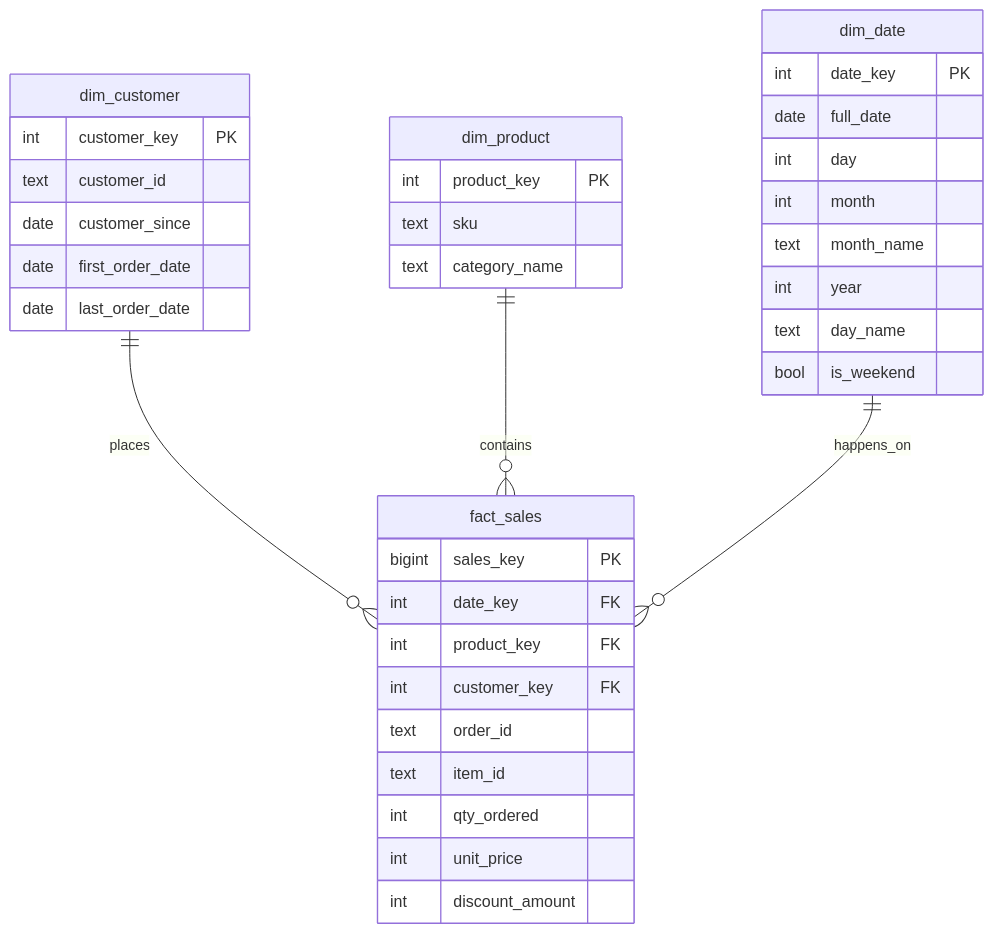
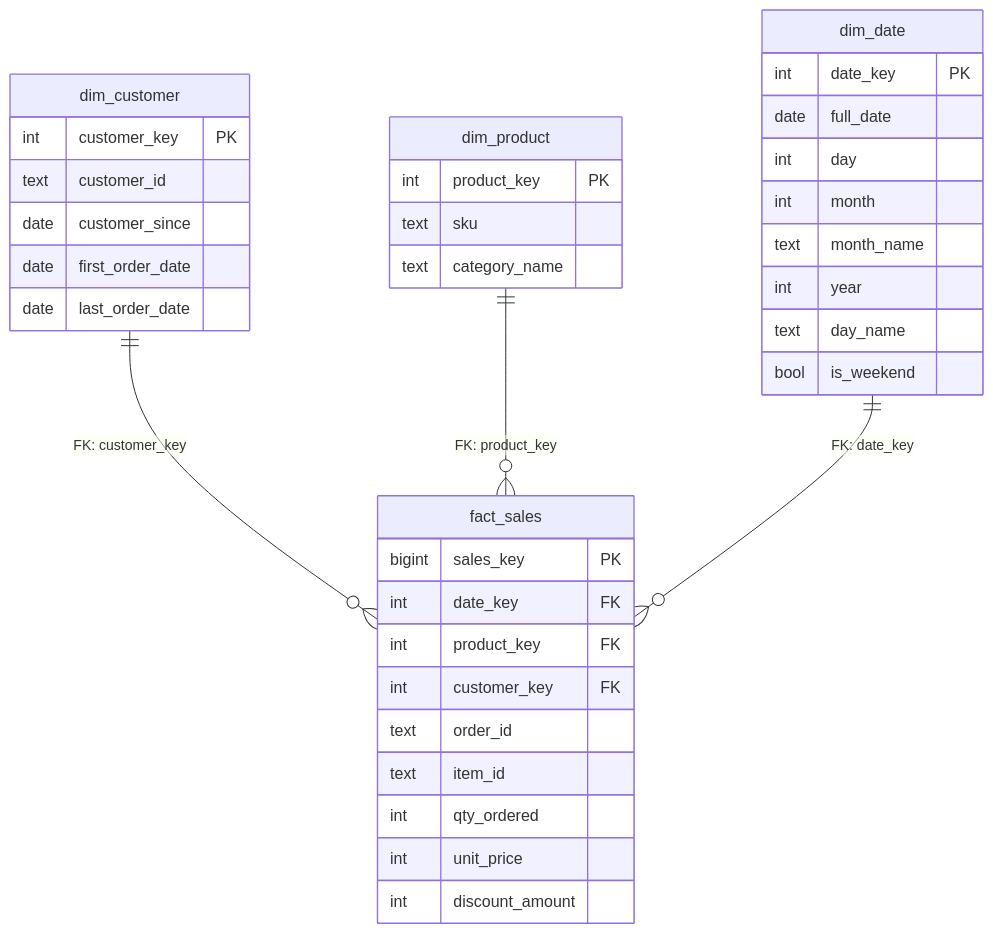
The diagram in README.md (faqihalamin95/ecommerce-data-pipeline), drawn with Mermaid before and after one commit.

Commit message:
docs: edit table relation

````diff
--- a/README.md
+++ b/README.md
@@ -40,43 +40,44 @@
 ```mermaid
 erDiagram
     fact_sales {
         bigint sales_key PK
         int date_key FK
         int product_key FK
         int customer_key FK
         text order_id
         text item_id
         int qty_ordered
         int unit_price
         int discount_amount
     }
 
     dim_customer {
         int customer_key PK
         text customer_id
         date customer_since
         date first_order_date
         date last_order_date
     }
 
     dim_product {
         int product_key PK
         text sku
         text category_name
     }
 
     dim_date {
         int date_key PK
         date full_date
         int day
         int month
         text month_name
         int year
         text day_name
         bool is_weekend
     }
 
-    dim_customer ||--o{ fact_sales : "places"
-    dim_product ||--o{ fact_sales : "contains"
-    dim_date ||--o{ fact_sales : "happens_on"
+%% Relationships based on: Ref: fact_sales < table
+    dim_customer ||--o{ fact_sales : "FK: customer_key"
+    dim_product ||--o{ fact_sales : "FK: product_key"
+    dim_date ||--o{ fact_sales : "FK: date_key"
 ```
````
